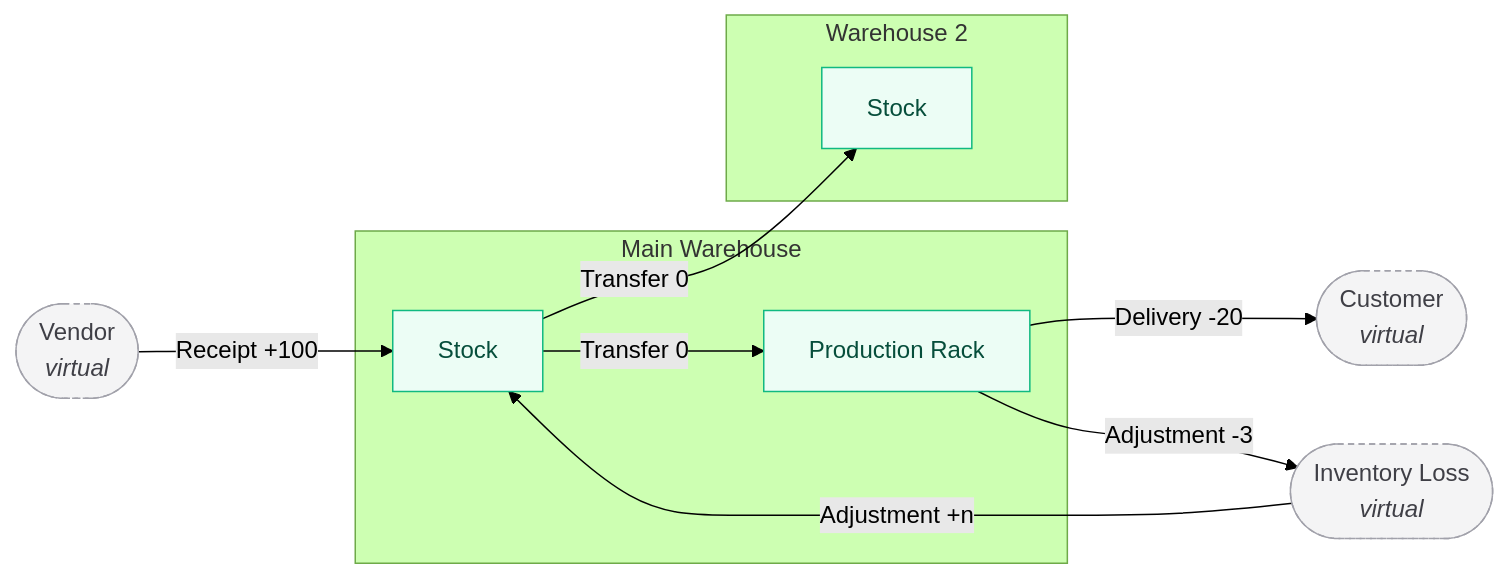
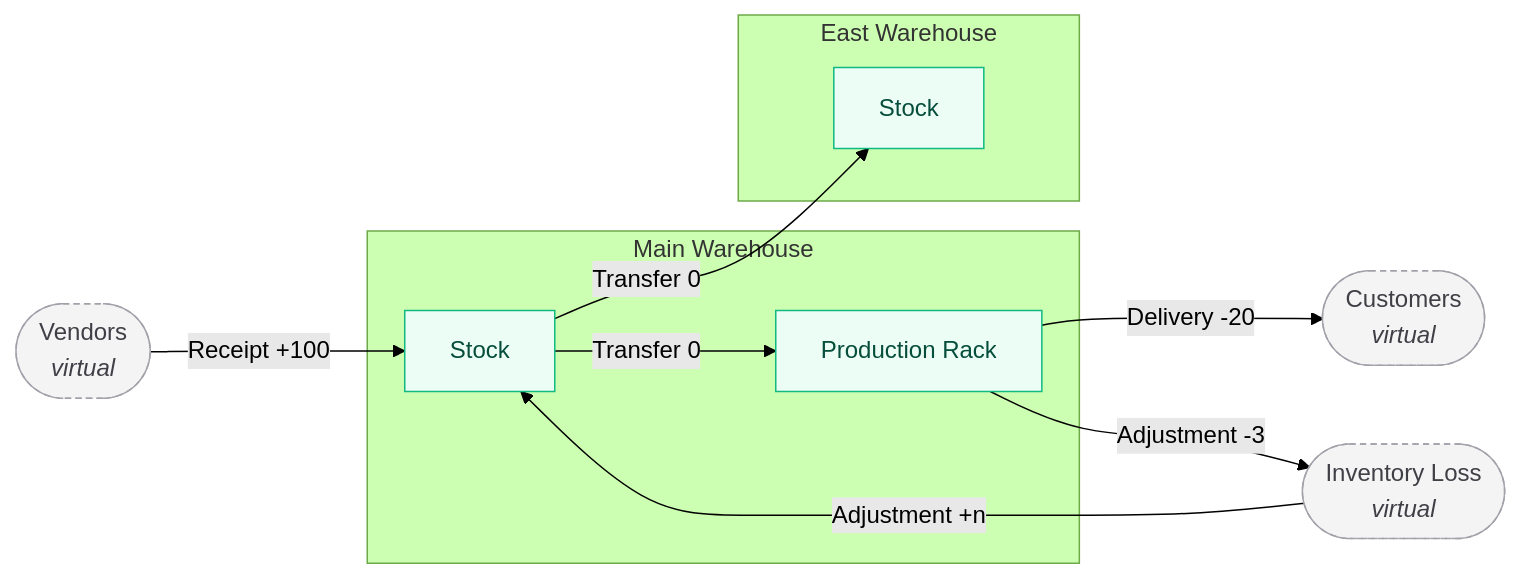
One commit to Rohit-o9j/stocksense changed the first of 2 diagrams in README.md. Above: the diagram before and after it, drawn with Mermaid (forest theme). The commit also changed other lines of this file, not shown here.

````diff
--- a/README.md
+++ b/README.md
@@ -26,25 +71,25 @@
 ```mermaid
 flowchart LR
-    V(["Vendor<br/><i>virtual</i>"]):::virt
-    C(["Customer<br/><i>virtual</i>"]):::virt
+    V(["Vendors<br/><i>virtual</i>"]):::virt
+    C(["Customers<br/><i>virtual</i>"]):::virt
     L(["Inventory Loss<br/><i>virtual</i>"]):::virt
 
     subgraph WH1["Main Warehouse"]
         S1["Stock"]:::real
         R1["Production Rack"]:::real
     end
 
-    subgraph WH2["Warehouse 2"]
+    subgraph WH2["East Warehouse"]
         S2["Stock"]:::real
     end
 
     V -- "Receipt +100" --> S1
     S1 -- "Transfer 0" --> R1
     S1 -- "Transfer 0" --> S2
     R1 -- "Delivery -20" --> C
     R1 -- "Adjustment -3" --> L
     L -- "Adjustment +n" --> S1
 
     classDef virt fill:#f4f4f5,stroke:#a1a1aa,stroke-dasharray:4 3,color:#3f3f46
     classDef real fill:#ecfdf5,stroke:#10b981,color:#064e3b
 ```
````
